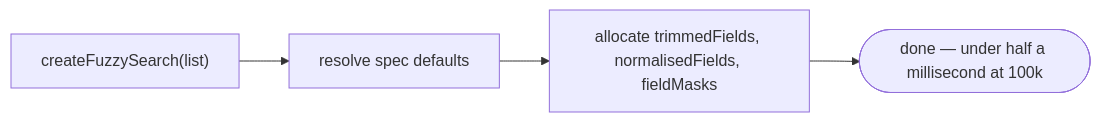
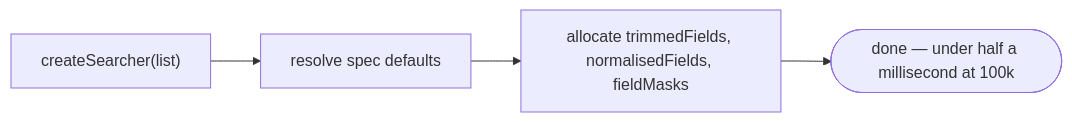
Before and after one commit to MMMikeM/ekrina: the first of 2 diagrams in docs/pipeline.md, drawn with Mermaid. The commit also changed other lines of this file and 67 other files, not shown here.

Commit message:
refactor!: createSearcher, Searcher, HighlightRange

````diff
--- a/docs/pipeline.md
+++ b/docs/pipeline.md
@@ -10,6 +10,6 @@
 ```mermaid
 flowchart LR
-    L["createFuzzySearch(list)"] --> S["resolve spec defaults"]
+    L["createSearcher(list)"] --> S["resolve spec defaults"]
     S --> B["allocate trimmedFields, normalisedFields, fieldMasks"]
     B --> D(["done — under half a millisecond at 100k"])
 ```
````
